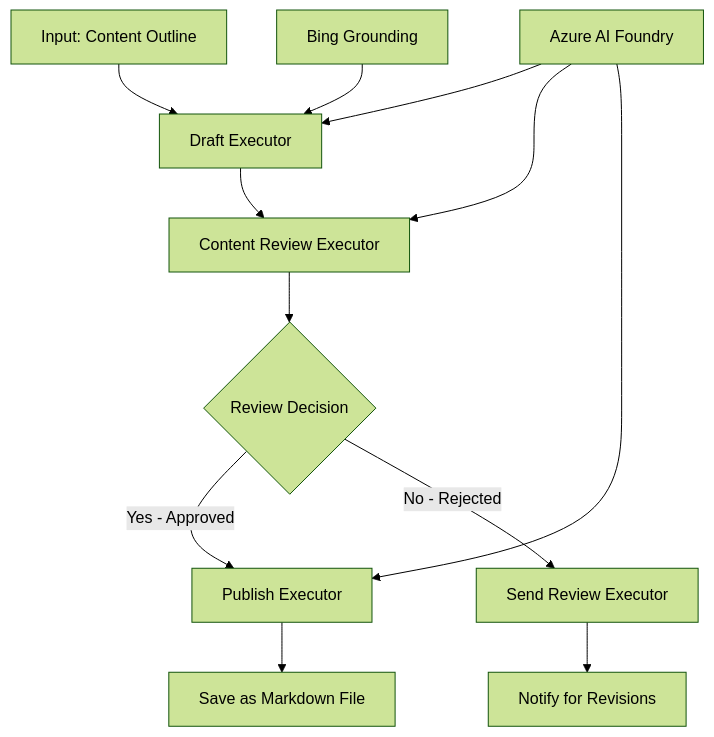
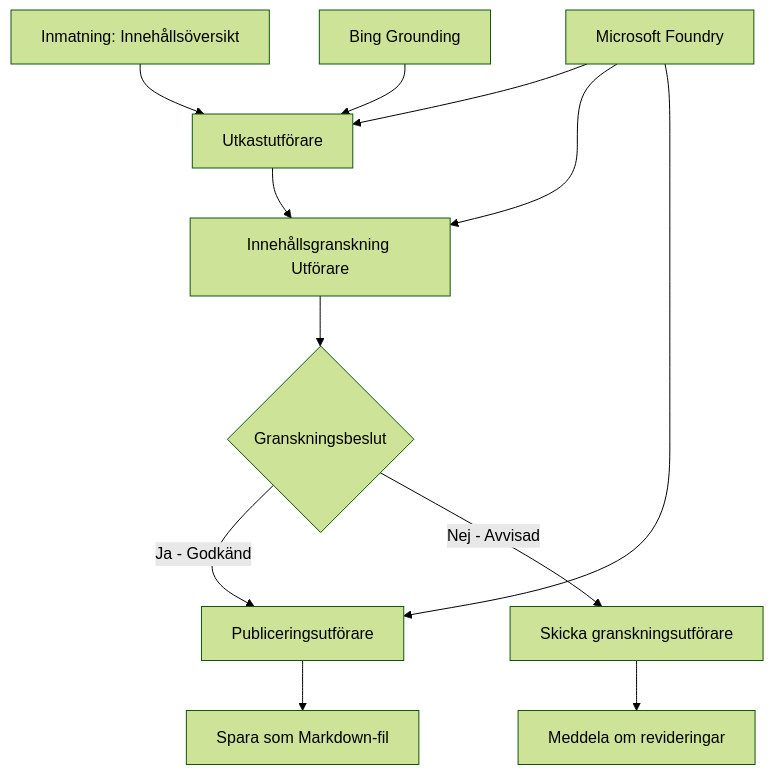
The diagram in translations/sv/08-multi-agent/code_samples/workflows-agent-framework/dotNET/04.dotnet-agent-framework-workflow-aifoundry-condition.md (microsoft/ai-agents-for-beginners), drawn with Mermaid (forest theme) before and after one commit. The commit also changed other lines of this file and 227 other files, not shown here.

````diff
--- a/translations/sv/08-multi-agent/code_samples/workflows-agent-framework/dotNET/04.dotnet-agent-framework-workflow-aifoundry-condition.md
+++ b/translations/sv/08-multi-agent/code_samples/workflows-agent-framework/dotNET/04.dotnet-agent-framework-workflow-aifoundry-condition.md
@@ -78,18 +78,18 @@
 ```mermaid
 graph TD
-    A[Input: Content Outline] --> B[Draft Executor]
-    B --> C[Content Review Executor]
-    C --> D{Review Decision}
+    A[Inmatning: Innehållsöversikt] --> B[Utkastutförare]
+    B --> C[Innehållsgranskning Utförare]
+    C --> D{Granskningsbeslut}
     
-    D -->|Yes - Approved| E[Publish Executor]
-    D -->|No - Rejected| F[Send Review Executor]
+    D -->|Ja - Godkänd| E[Publiceringsutförare]
+    D -->|Nej - Avvisad| F[Skicka granskningsutförare]
     
-    E --> G[Save as Markdown File]
-    F --> H[Notify for Revisions]
+    E --> G[Spara som Markdown-fil]
+    F --> H[Meddela om revideringar]
     
-    I[Azure AI Foundry] --> B
+    I[Microsoft Foundry] --> B
     I --> C
     I --> E
     
     J[Bing Grounding] --> B
 ```
````
